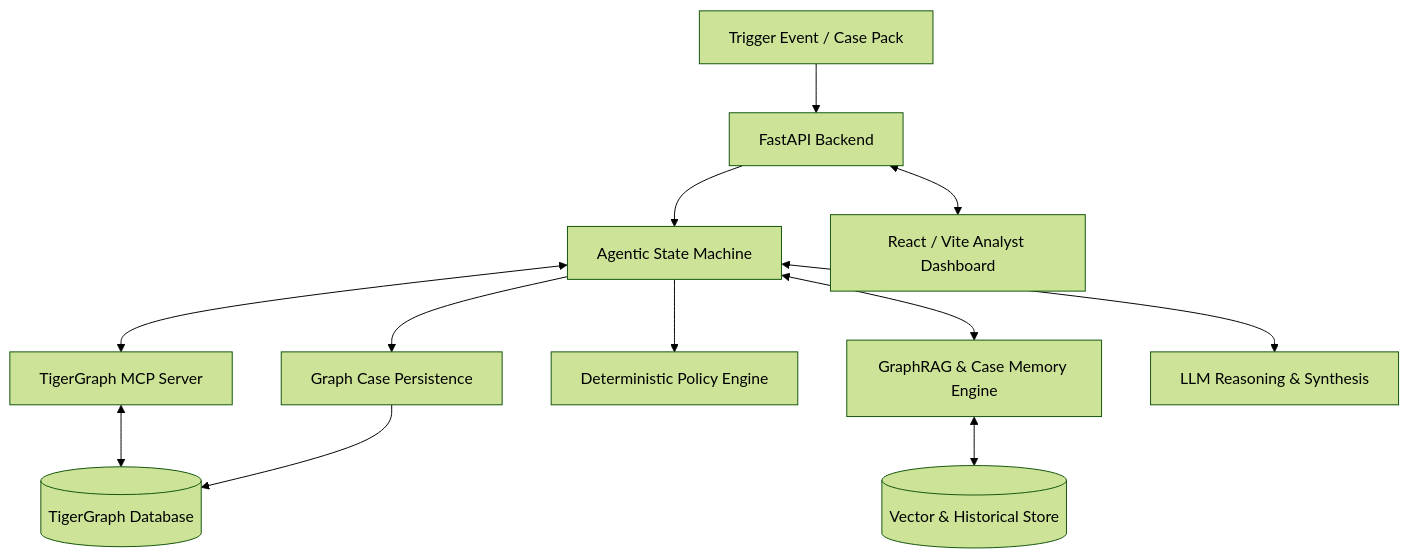
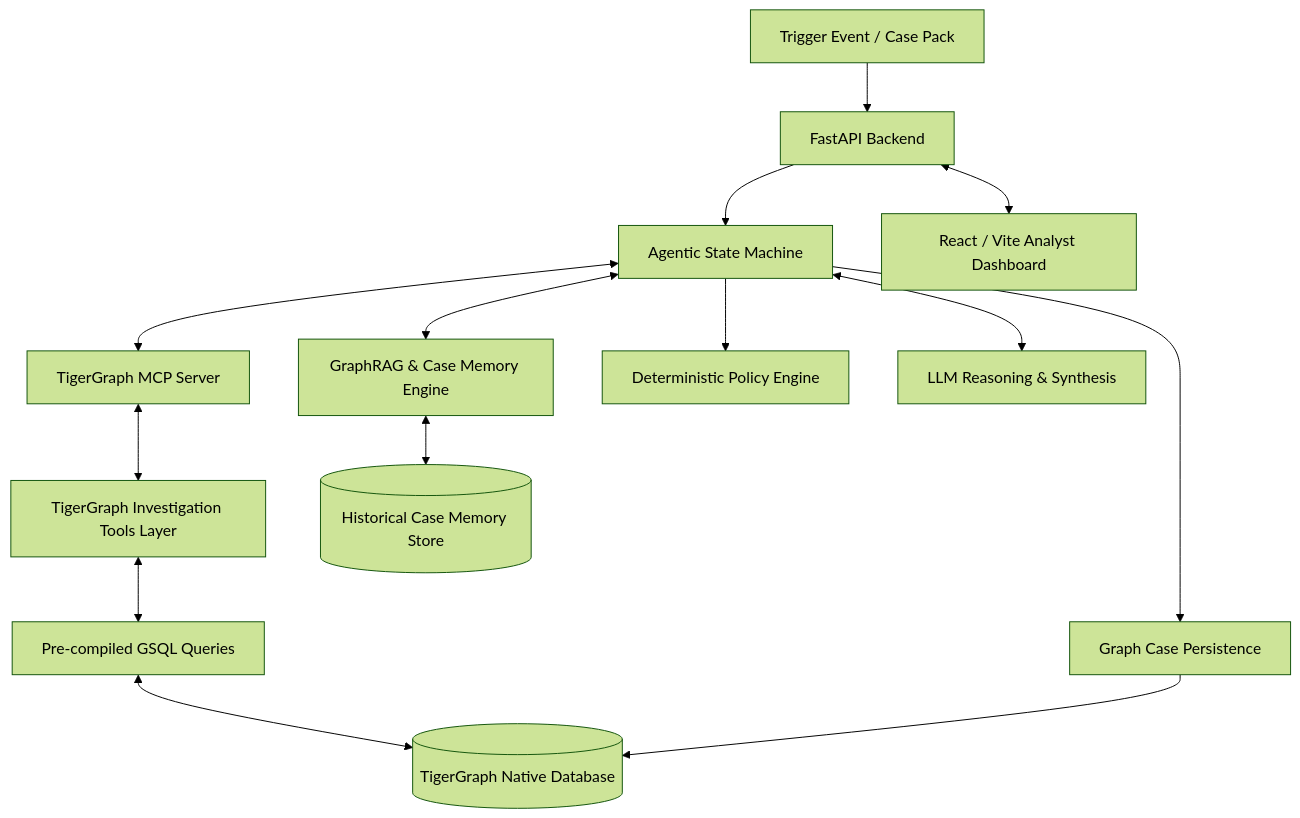
Before and after one commit to kanwal-vyas/agentic-fraud-investigation: the diagram in docs/ARCHITECTURE.md, drawn with Mermaid (forest theme). The commit also changed other lines of this file and 11 other files, not shown here.

Commit message:
stage 3: implement GSQL investigation queries and fraud patterns

````diff
--- a/docs/ARCHITECTURE.md
+++ b/docs/ARCHITECTURE.md
@@ -26,14 +26,16 @@
 ```mermaid
 graph TD
     Trigger[Trigger Event / Case Pack] --> Backend[FastAPI Backend]
     Backend --> Agent[Agentic State Machine]
     Agent <--> TG_MCP[TigerGraph MCP Server]
-    TG_MCP <--> TG[(TigerGraph Database)]
+    TG_MCP <--> Tools[TigerGraph Investigation Tools Layer]
+    Tools <--> GSQL[Pre-compiled GSQL Queries]
+    GSQL <--> TG[(TigerGraph Native Database)]
     Agent <--> GraphRAG[GraphRAG & Case Memory Engine]
-    GraphRAG <--> VectorDB[(Vector & Historical Store)]
+    GraphRAG <--> ClosedCases[(Historical Case Memory Store)]
     Agent --> Policy[Deterministic Policy Engine]
     Agent --> MemoryWriter[Graph Case Persistence]
     MemoryWriter --> TG
     Agent <--> LLM[LLM Reasoning & Synthesis]
     Backend <--> UI[React / Vite Analyst Dashboard]
 ```
````
